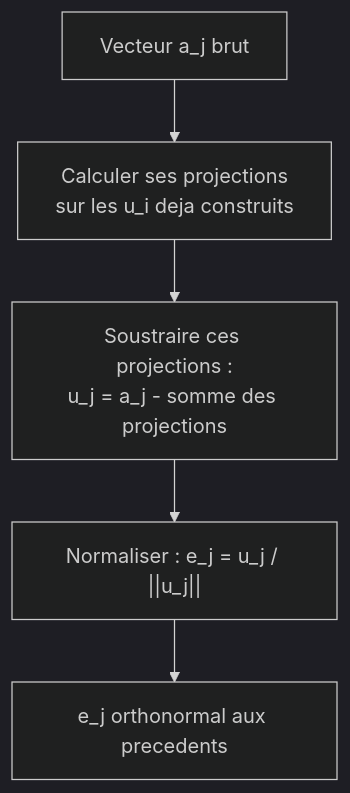
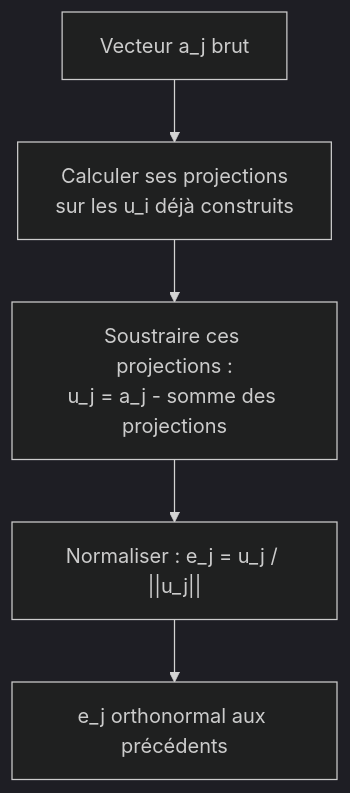
Before and after one commit to tanguychenier/Mathematiques-pour-le-Machine-Learning: the second of 3 diagrams in chapitres/03-geometrie-analytique.md, drawn with Mermaid (dark theme). The commit also changed other lines of this file and 14 other files, not shown here.

Commit message:
docs: review tone and accents, explain terms, drop em-dashes, add three diagrams

````diff
--- a/chapitres/03-geometrie-analytique.md
+++ b/chapitres/03-geometrie-analytique.md
@@ -569,7 +569,7 @@
 ```mermaid
 flowchart TD
-    A["Vecteur a_j brut"] --> B["Calculer ses projections<br/>sur les u_i deja construits"]
+    A["Vecteur a_j brut"] --> B["Calculer ses projections<br/>sur les u_i déjà construits"]
     B --> C["Soustraire ces projections :<br/>u_j = a_j - somme des projections"]
     C --> D["Normaliser : e_j = u_j / ||u_j||"]
-    D --> E["e_j orthonormal aux precedents"]
+    D --> E["e_j orthonormal aux précédents"]
 ```
````
